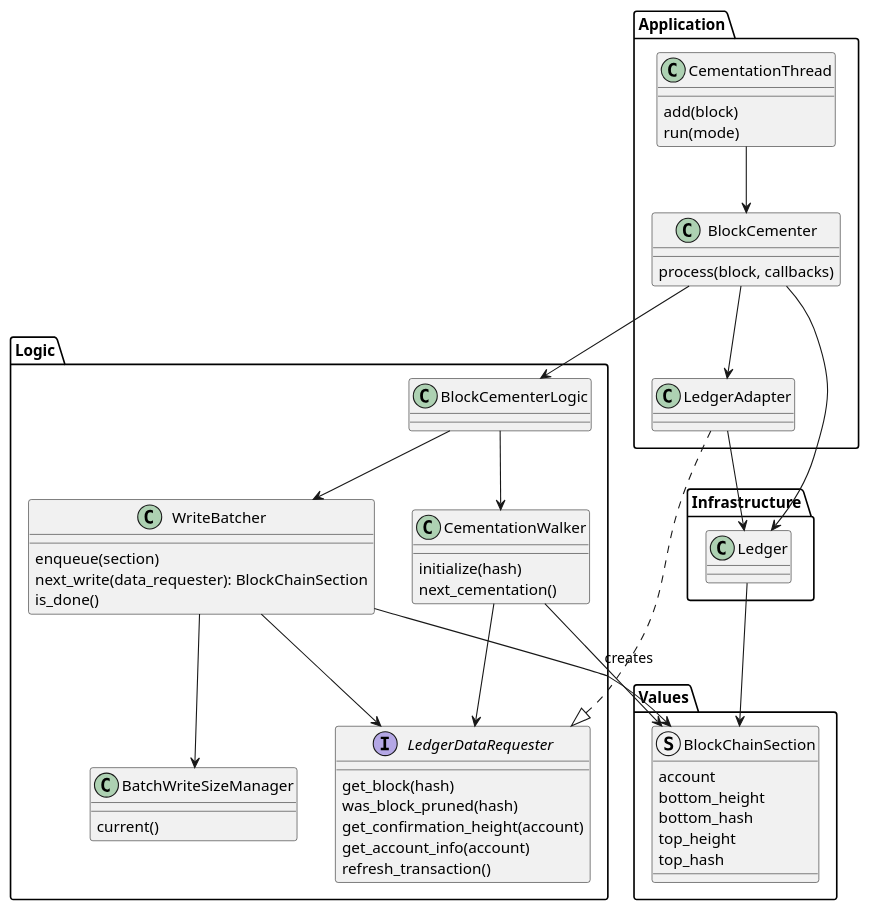
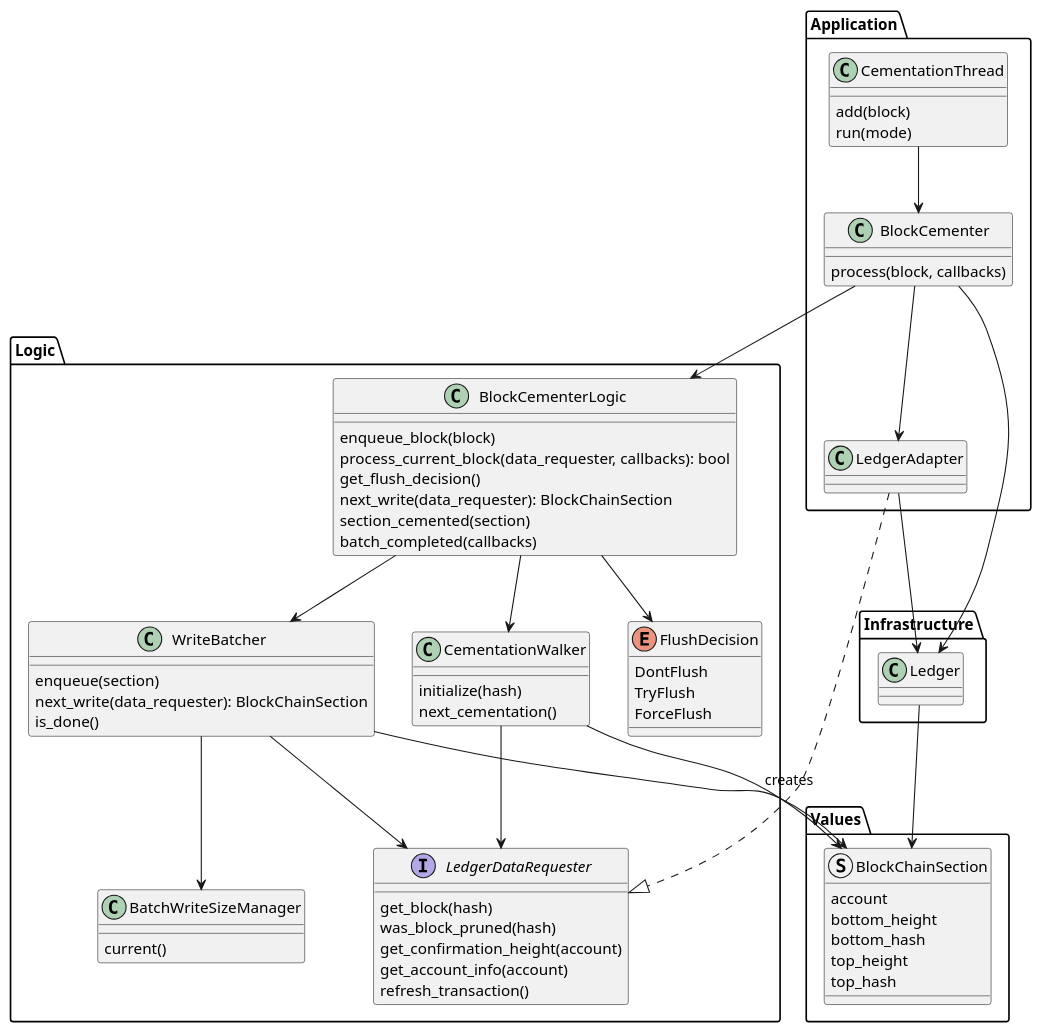
Before and after one commit to stjet/rsban-node: the diagram in rust/doc/cementing.puml, drawn with PlantUML. The commit also changed 4 other files, not shown here.

```diff
--- a/rust/doc/cementing.puml
+++ b/rust/doc/cementing.puml
@@ -1,80 +1,93 @@
 @startuml "Confirmation Height"
 
 package "Infrastructure" {
     class Ledger
 }
 
 package "Logic"{
 
     class WriteBatcher {
         enqueue(section)
         next_write(data_requester): BlockChainSection
         is_done()
     }
 
     class BatchWriteSizeManager {
         current()
     }
 
     interface LedgerDataRequester{
         get_block(hash)
         was_block_pruned(hash)
         get_confirmation_height(account)
         get_account_info(account)
         refresh_transaction()
     }
 
     class CementationWalker{
         initialize(hash)
         next_cementation()
     }
 
-    class BlockCementerLogic{}
+    class BlockCementerLogic{
+        enqueue_block(block)
+        process_current_block(data_requester, callbacks): bool
+        get_flush_decision()
+        next_write(data_requester): BlockChainSection
+        section_cemented(section)
+        batch_completed(callbacks)
+    }
 
+    enum FlushDecision{
+        DontFlush
+        TryFlush
+        ForceFlush
+    }
 }
 
 package "Values"{
     struct BlockChainSection{
         account
         bottom_height
         bottom_hash
         top_height
         top_hash
     }
 }
 
 package "Application"{
     class CementationThread{
         add(block)
         run(mode)
     }
 
     class BlockCementer{
         process(block, callbacks)
     }
 
     class LedgerAdapter
 }
 
 Ledger --> BlockChainSection
 
 BlockCementer --> Ledger
 BlockCementer --> LedgerAdapter
 BlockCementer --> BlockCementerLogic
 
 BlockCementerLogic --> CementationWalker
 BlockCementerLogic --> WriteBatcher
+BlockCementerLogic --> FlushDecision
 
 CementationWalker --> BlockChainSection: creates
 CementationWalker --> LedgerDataRequester
 
 WriteBatcher --> BatchWriteSizeManager
 WriteBatcher --> LedgerDataRequester
 WriteBatcher --> BlockChainSection
 
 CementationThread --> BlockCementer
 
 LedgerAdapter ..|> LedgerDataRequester
 LedgerAdapter --> Ledger
 
 @enduml
```
